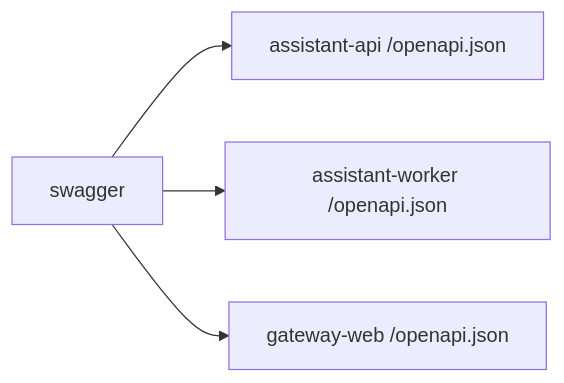
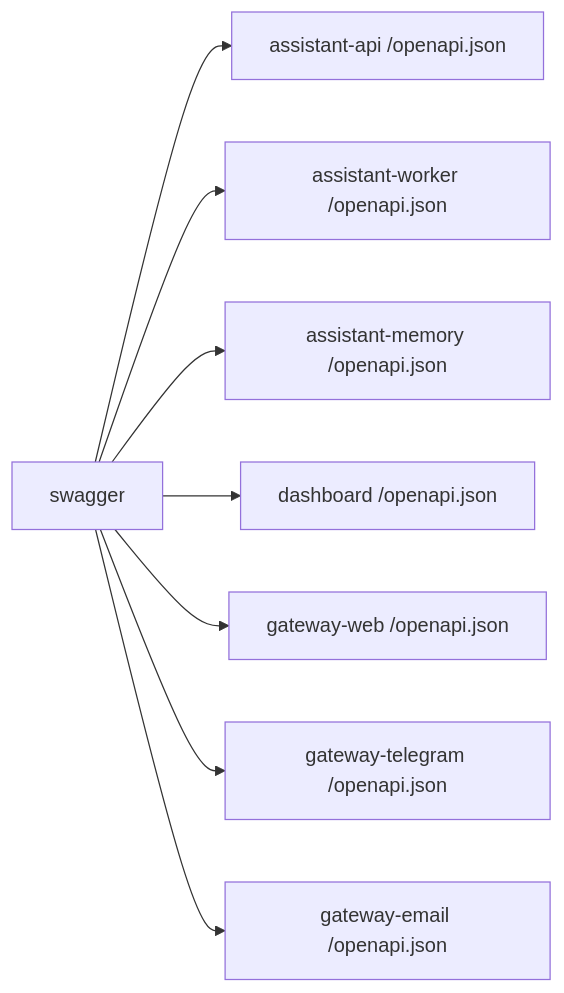
One commit to vinitu/my-concierge changed the diagram in docs/services/swagger.md. Above: the diagram before and after it, drawn with Mermaid. The commit also changed other lines of this file and 174 other files, not shown here.

````diff
--- a/docs/services/swagger.md
+++ b/docs/services/swagger.md
@@ -17,6 +21,10 @@
 ```mermaid
 flowchart LR
     Swagger["swagger"] --> API["assistant-api /openapi.json"]
     Swagger --> Worker["assistant-worker /openapi.json"]
-    Swagger --> Gateway["gateway-web /openapi.json"]
+    Swagger --> Memory["assistant-memory /openapi.json"]
+    Swagger --> Dashboard["dashboard /openapi.json"]
+    Swagger --> GatewayWeb["gateway-web /openapi.json"]
+    Swagger --> GatewayTelegram["gateway-telegram /openapi.json"]
+    Swagger --> GatewayEmail["gateway-email /openapi.json"]
 ```
````
